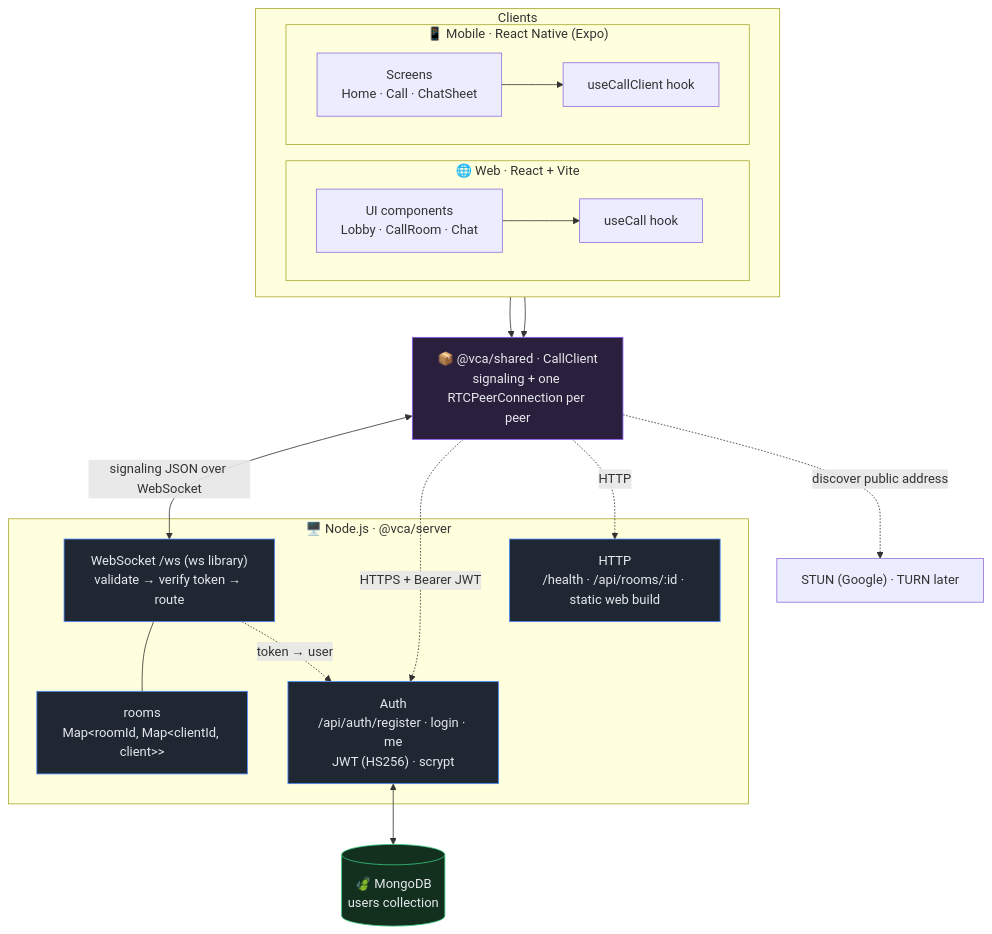
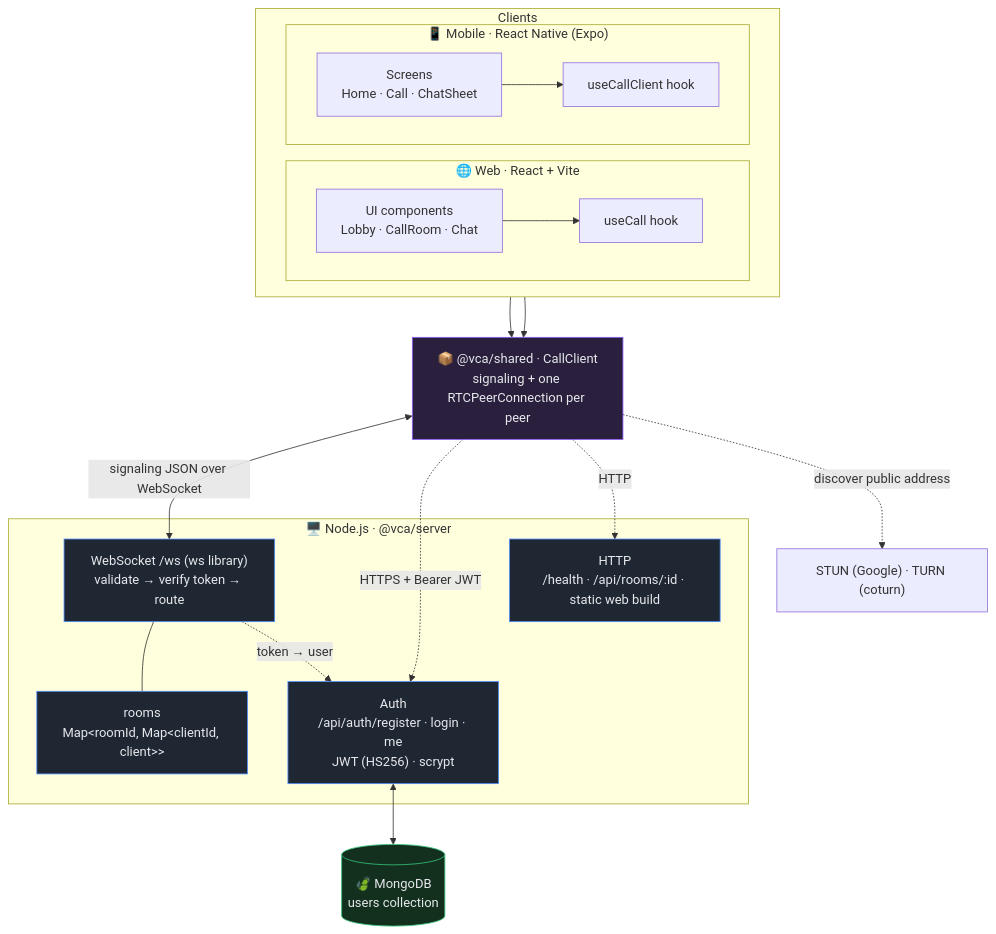
One commit to HarishVerma-UI/video-call-app changed the first of 10 diagrams in ARCHITECTURE.md. Above: the diagram before and after it, drawn with Mermaid. The commit also changed other lines of this file and 28 other files, not shown here.

````diff
--- a/ARCHITECTURE.md
+++ b/ARCHITECTURE.md
@@ -17,44 +17,44 @@
 ```mermaid
 flowchart TB
   subgraph Clients
     direction LR
     subgraph Web["🌐 Web · React + Vite"]
       WUI["UI components<br/>Lobby · CallRoom · Chat"]
       WHOOK["useCall hook"]
       WUI --> WHOOK
     end
     subgraph Mobile["📱 Mobile · React Native (Expo)"]
       MUI["Screens<br/>Home · Call · ChatSheet"]
       MHOOK["useCallClient hook"]
       MUI --> MHOOK
     end
   end
 
   SHARED["📦 @vca/shared · CallClient<br/>signaling + one RTCPeerConnection per peer"]
   WHOOK --> SHARED
   MHOOK --> SHARED
 
   subgraph Server["🖥️ Node.js · @vca/server"]
     AUTH["Auth<br/>/api/auth/register · login · me<br/>JWT (HS256) · scrypt"]
     HTTP["HTTP<br/>/health · /api/rooms/:id · static web build"]
     WSS["WebSocket /ws (ws library)<br/>validate → verify token → route"]
     ROOMS["rooms<br/>Map&lt;roomId, Map&lt;clientId, client&gt;&gt;"]
     WSS --- ROOMS
     WSS -. "token → user" .-> AUTH
   end
   DB[("🍃 MongoDB<br/>users collection")]
   AUTH <--> DB
 
   SHARED <-->|"signaling JSON over WebSocket"| WSS
   SHARED -.->|"HTTPS + Bearer JWT"| AUTH
   SHARED -.->|"HTTP"| HTTP
-  STUN["STUN (Google) · TURN later"]
+  STUN["STUN (Google) · TURN (coturn)"]
   SHARED -.->|"discover public address"| STUN
 
   classDef server fill:#1f2733,stroke:#4f8cff,color:#e6e8ec;
   classDef shared fill:#2a1f3d,stroke:#8b5cf6,color:#e6e8ec;
   classDef db fill:#13301f,stroke:#35c47a,color:#e6e8ec;
   class AUTH,HTTP,WSS,ROOMS server;
   class SHARED shared;
   class DB db;
 ```
````
